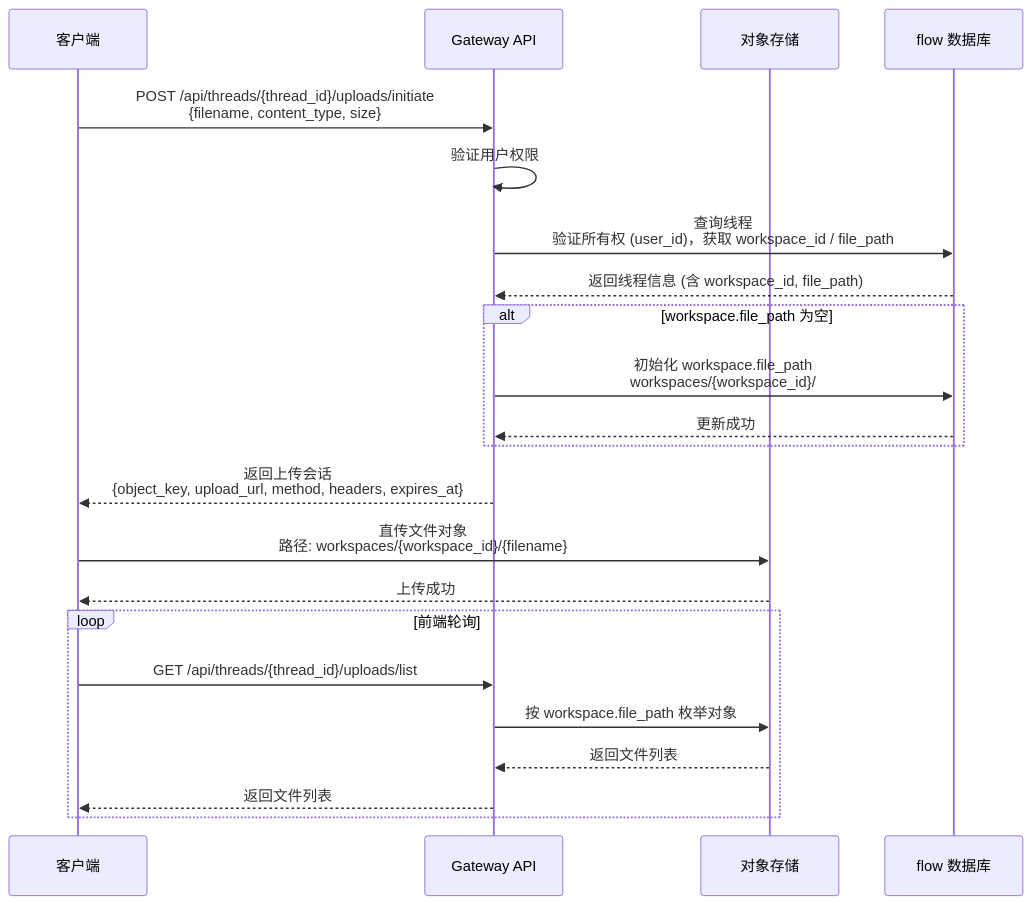
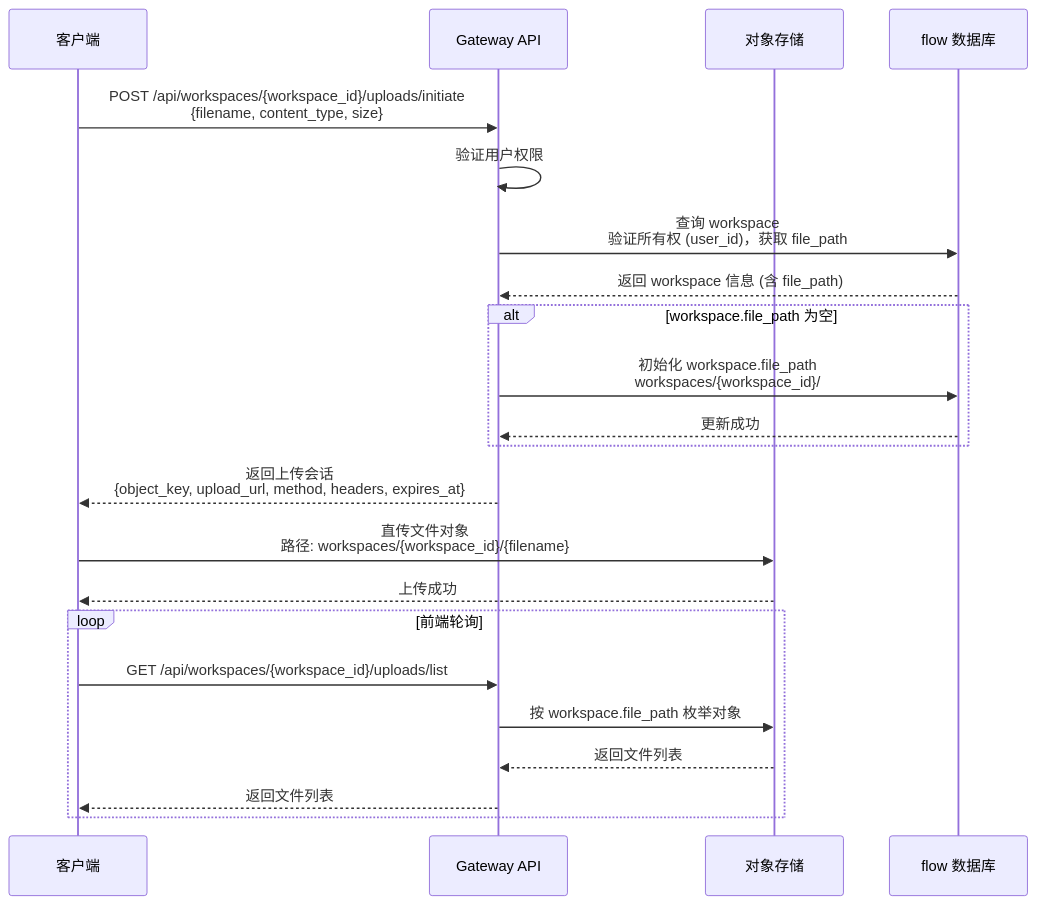
One commit to early-chinese-civilization/deer-flow changed the third of 15 diagrams in DeerFlow接口时序图.md. Above: the diagram before and after it, drawn with Mermaid. The commit also changed other lines of this file and 2 other files, not shown here.

Commit message:
docs：时序图更新

````diff
--- a/DeerFlow接口时序图.md
+++ b/DeerFlow接口时序图.md
@@ -81,30 +81,30 @@
 ```mermaid
 sequenceDiagram
     participant Client as 客户端
     participant Gateway as Gateway API
     participant OSS as 对象存储
     participant DB as flow 数据库
     
-    Client->>Gateway: POST /api/threads/{thread_id}/uploads/initiate<br/>{filename, content_type, size}
+    Client->>Gateway: POST /api/workspaces/{workspace_id}/uploads/initiate<br/>{filename, content_type, size}
     Gateway->>Gateway: 验证用户权限
     
-    Gateway->>DB: 查询线程<br/>验证所有权 (user_id)，获取 workspace_id / file_path
-    DB-->>Gateway: 返回线程信息 (含 workspace_id, file_path)
+    Gateway->>DB: 查询 workspace<br/>验证所有权 (user_id)，获取 file_path
+    DB-->>Gateway: 返回 workspace 信息 (含 file_path)
     
     alt workspace.file_path 为空
         Gateway->>DB: 初始化 workspace.file_path<br/>workspaces/{workspace_id}/
         DB-->>Gateway: 更新成功
     end
     
     Gateway-->>Client: 返回上传会话<br/>{object_key, upload_url, method, headers, expires_at}
     
     Client->>OSS: 直传文件对象<br/>路径: workspaces/{workspace_id}/{filename}
     OSS-->>Client: 上传成功
     
     loop 前端轮询
-        Client->>Gateway: GET /api/threads/{thread_id}/uploads/list
+        Client->>Gateway: GET /api/workspaces/{workspace_id}/uploads/list
         Gateway->>OSS: 按 workspace.file_path 枚举对象
         OSS-->>Gateway: 返回文件列表
         Gateway-->>Client: 返回文件列表
     end
 ```
````
